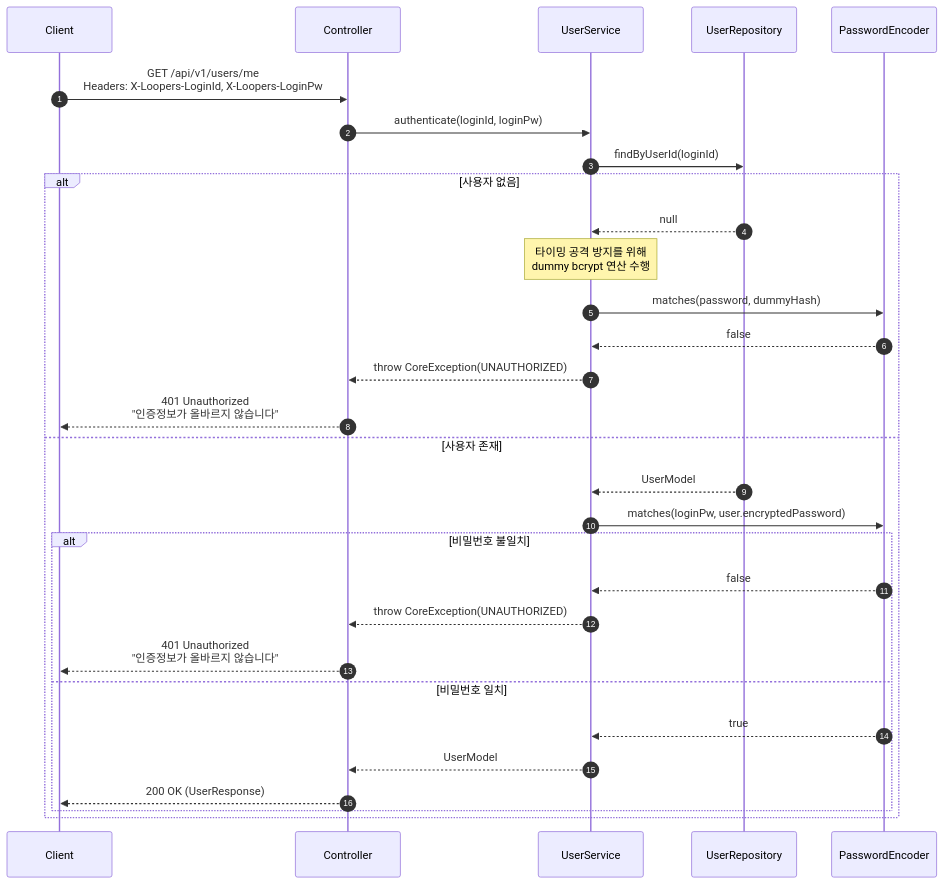
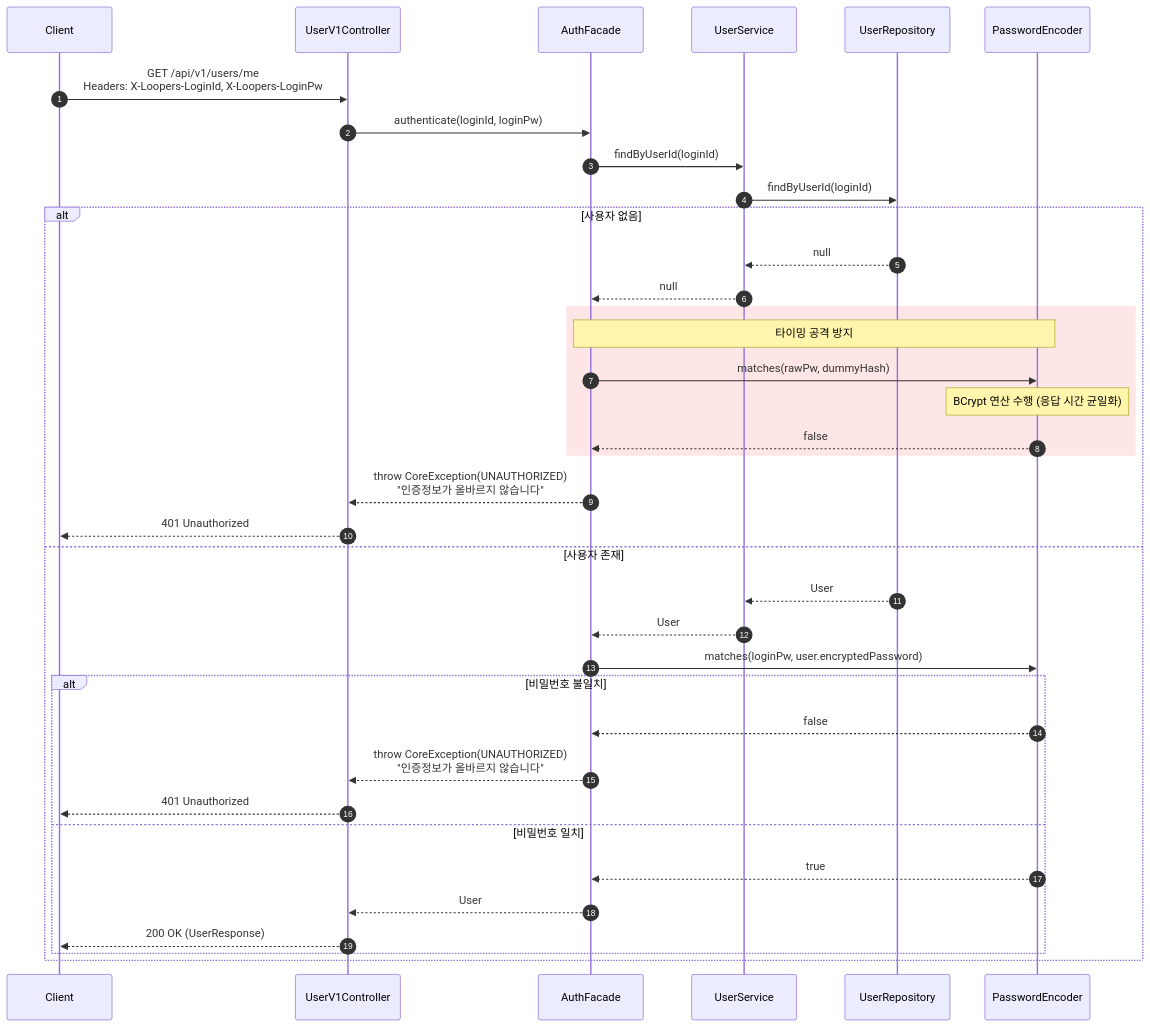
Before and after one commit to Loopers-dev-lab/loop-pack-be-l2-vol3-kotlin: the second of 7 diagrams in .docs/design/02-sequence-diagrams.md, drawn with Mermaid. The commit also changed other lines of this file and 4 other files, not shown here.

````diff
--- a/.docs/design/02-sequence-diagrams.md
+++ b/.docs/design/02-sequence-diagrams.md
@@ -82,35 +107,44 @@
 ```mermaid
 sequenceDiagram
     autonumber
     participant C as Client
-    participant Ctrl as Controller
+    participant Ctrl as UserV1Controller
+    participant Facade as AuthFacade
     participant Svc as UserService
     participant Repo as UserRepository
     participant PE as PasswordEncoder
 
     C->>Ctrl: GET /api/v1/users/me<br/>Headers: X-Loopers-LoginId, X-Loopers-LoginPw
-    Ctrl->>Svc: authenticate(loginId, loginPw)
+    Ctrl->>Facade: authenticate(loginId, loginPw)
 
+    Facade->>Svc: findByUserId(loginId)
     Svc->>Repo: findByUserId(loginId)
 
     alt 사용자 없음
         Repo-->>Svc: null
-        Note over Svc: 타이밍 공격 방지를 위해<br/>dummy bcrypt 연산 수행
-        Svc->>PE: matches(password, dummyHash)
-        PE-->>Svc: false
-        Svc-->>Ctrl: throw CoreException(UNAUTHORIZED)
-        Ctrl-->>C: 401 Unauthorized<br/>"인증정보가 올바르지 않습니다"
+        Svc-->>Facade: null
+
+        rect rgb(255, 230, 230)
+            Note over Facade,PE: 타이밍 공격 방지
+            Facade->>PE: matches(rawPw, dummyHash)
+            Note over PE: BCrypt 연산 수행 (응답 시간 균일화)
+            PE-->>Facade: false
+        end
+
+        Facade-->>Ctrl: throw CoreException(UNAUTHORIZED)<br/>"인증정보가 올바르지 않습니다"
+        Ctrl-->>C: 401 Unauthorized
     else 사용자 존재
-        Repo-->>Svc: UserModel
-        Svc->>PE: matches(loginPw, user.encryptedPassword)
+        Repo-->>Svc: User
+        Svc-->>Facade: User
+        Facade->>PE: matches(loginPw, user.encryptedPassword)
         alt 비밀번호 불일치
-            PE-->>Svc: false
-            Svc-->>Ctrl: throw CoreException(UNAUTHORIZED)
-            Ctrl-->>C: 401 Unauthorized<br/>"인증정보가 올바르지 않습니다"
+            PE-->>Facade: false
+            Facade-->>Ctrl: throw CoreException(UNAUTHORIZED)<br/>"인증정보가 올바르지 않습니다"
+            Ctrl-->>C: 401 Unauthorized
         else 비밀번호 일치
-            PE-->>Svc: true
-            Svc-->>Ctrl: UserModel
+            PE-->>Facade: true
+            Facade-->>Ctrl: User
             Ctrl-->>C: 200 OK (UserResponse)
         end
     end
 ```
````
